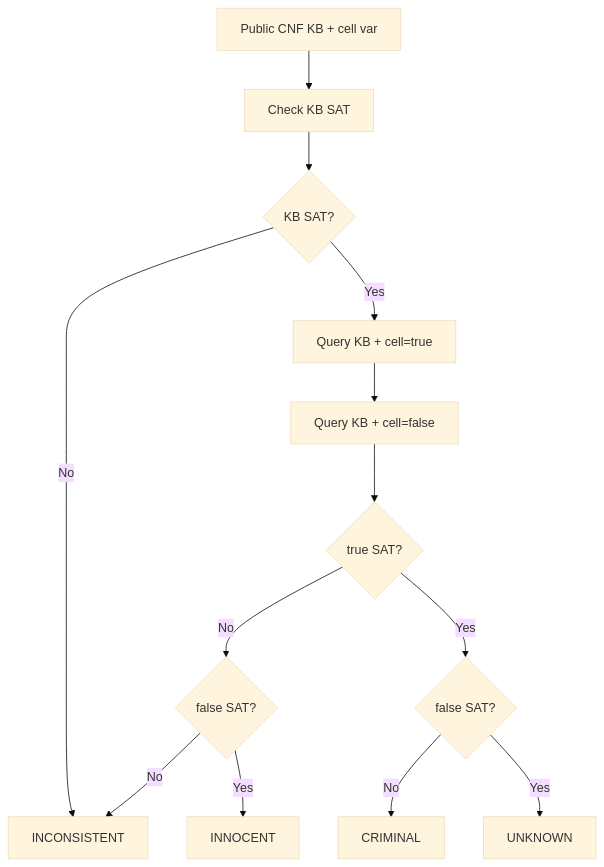
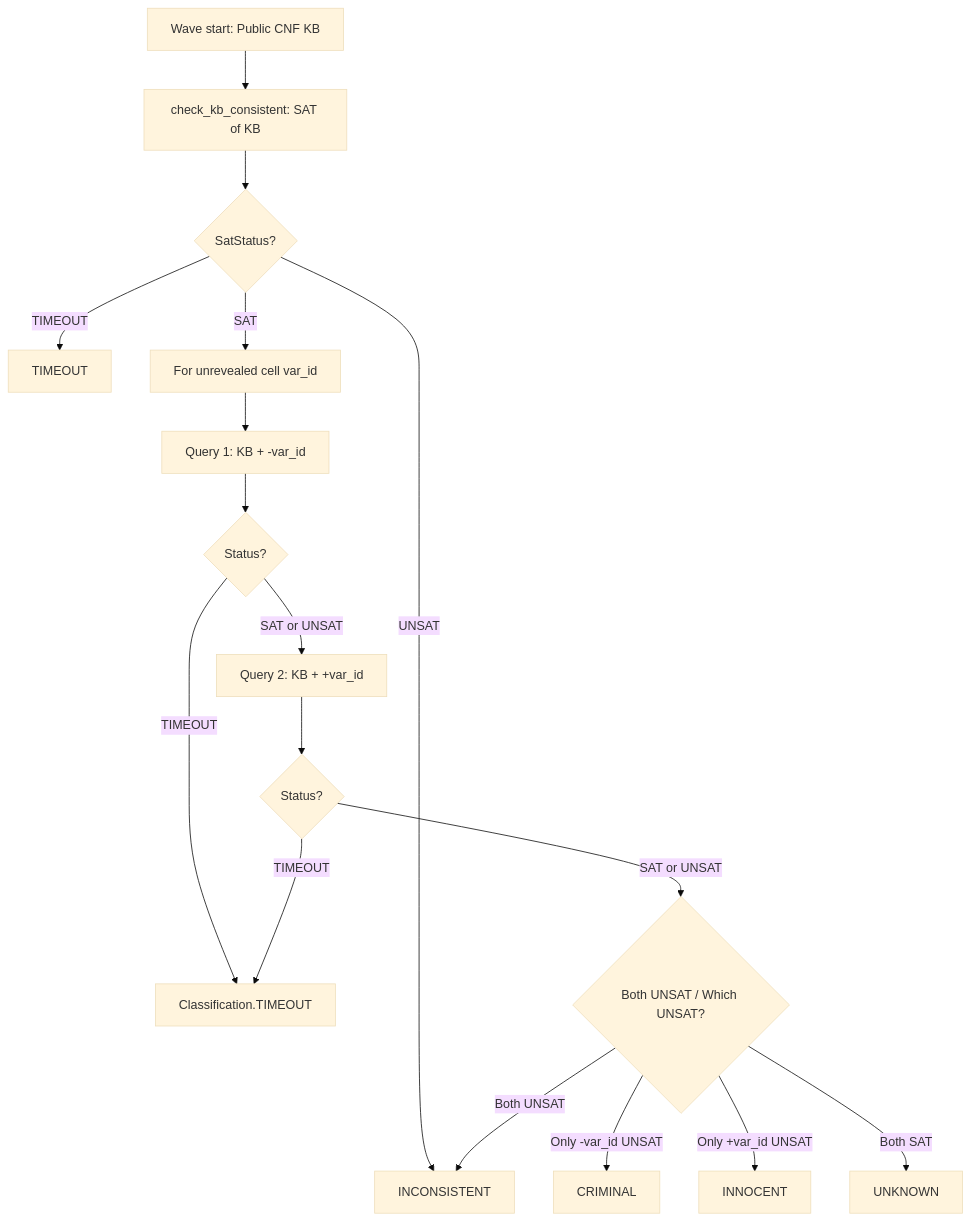
Before and after one commit to vannguyn/Griductive-Solver: diagram 11 of 18 in Workflow.md, drawn with Mermaid (base theme). The commit also changed other lines of this file, not shown here.

Commit message:
docs(workflow): replace HTTP API with GameSession/PyQt6 flow and sync contracts

````diff
--- a/Workflow.md
+++ b/Workflow.md
@@ -469,15 +491,19 @@
 ```mermaid
 flowchart TD
-    A[Public CNF KB + cell var] --> B[Check KB SAT]
-    B --> C{KB SAT?}
-    C -- No --> D[INCONSISTENT]
-    C -- Yes --> E[Query KB + cell=true]
-    E --> F[Query KB + cell=false]
-    F --> G{true SAT?}
-    G -- No --> H{false SAT?}
-    G -- Yes --> I{false SAT?}
-    H -- Yes --> J[INNOCENT]
-    H -- No --> D
-    I -- No --> K[CRIMINAL]
-    I -- Yes --> L[UNKNOWN]
+    A[Wave start: Public CNF KB] --> B[check_kb_consistent: SAT of KB]
+    B --> C{SatStatus?}
+    C -- UNSAT --> D[INCONSISTENT]
+    C -- TIMEOUT --> T[TIMEOUT]
+    C -- SAT --> E[For unrevealed cell var_id]
+    E --> F[Query 1: KB + -var_id]
+    F --> Q1{Status?}
+    Q1 -- TIMEOUT --> T2[Classification.TIMEOUT]
+    Q1 -- SAT or UNSAT --> G[Query 2: KB + +var_id]
+    G --> Q2{Status?}
+    Q2 -- TIMEOUT --> T2
+    Q2 -- SAT or UNSAT --> H{Both UNSAT / Which UNSAT?}
+    H -- Only -var_id UNSAT --> K[CRIMINAL]
+    H -- Only +var_id UNSAT --> J[INNOCENT]
+    H -- Both SAT --> L[UNKNOWN]
+    H -- Both UNSAT --> D
 ```
````
